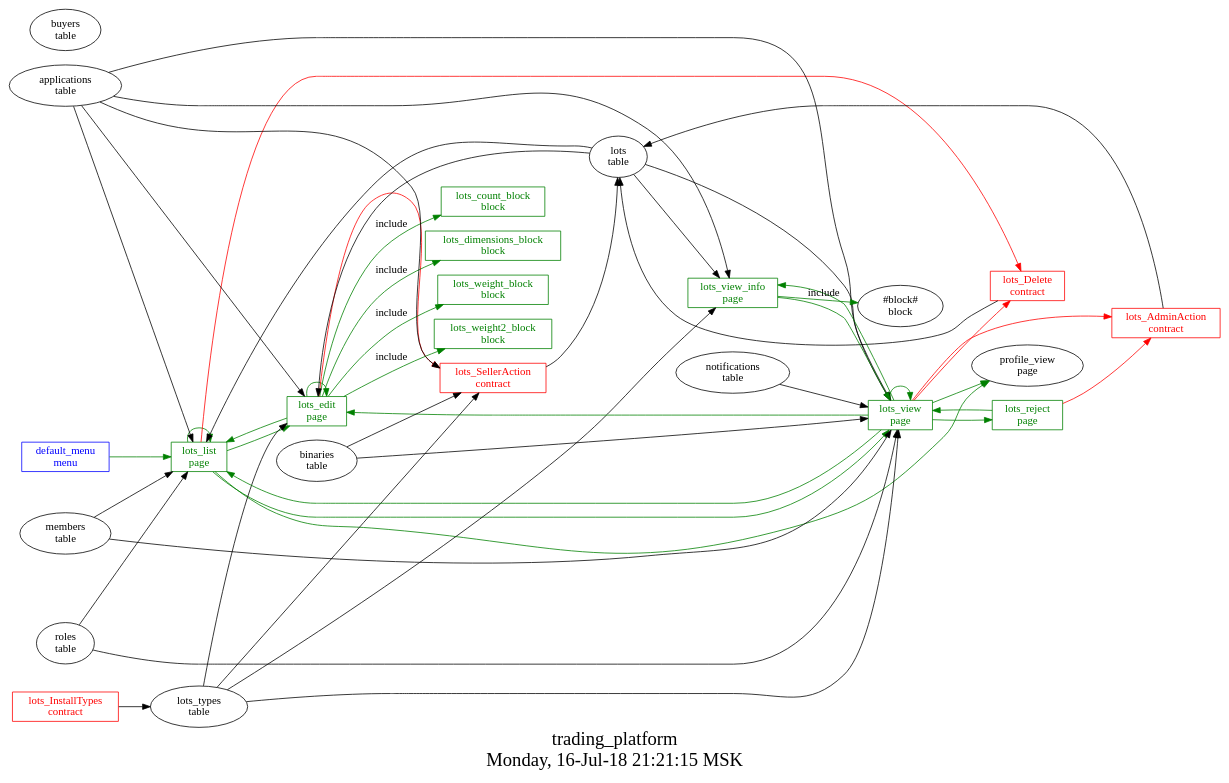
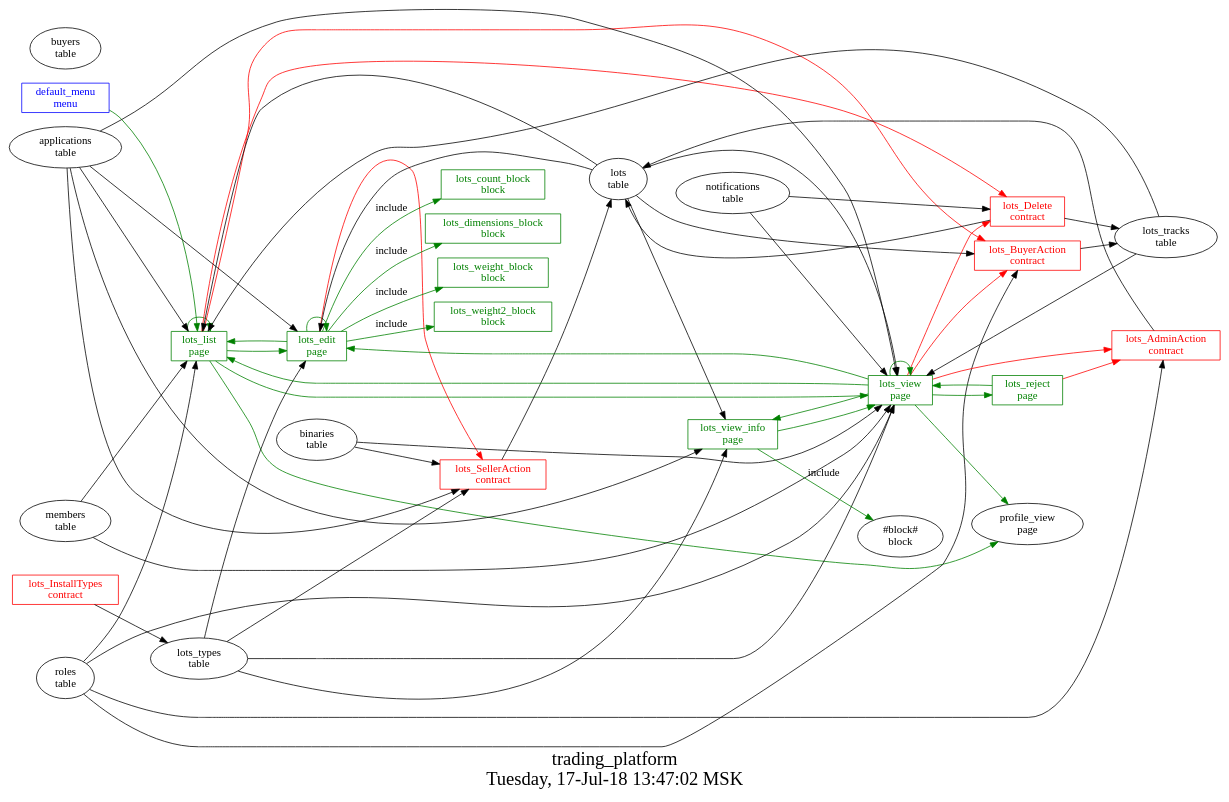
One commit to AplaProject/apps changed the diagram in src/trading_platform/struct.dot. Above: the diagram before and after it, drawn with Graphviz. The commit also changed 4 other files, not shown here.

```diff
--- a/src/trading_platform/struct.dot
+++ b/src/trading_platform/struct.dot
@@ -1,76 +1,88 @@
 digraph G {
 graph [
   fontsize="24";
-  label="trading_platform\nMonday, 16-Jul-18 21:21:15 MSK";
+  label="trading_platform\nTuesday, 17-Jul-18 13:47:02 MSK";
   nojustify=true;
   ordering=out;
   rankdir=LR;
   size="30";
 ];
 "default_menu\nmenu" -> "lots_list\npage"  [ color=green ]
 "default_menu\nmenu" [color=blue, fontcolor=blue, group=menus, shape=record];
 "lots_edit\npage" -> "lots_SellerAction\ncontract"  [ color=red ]
 "applications\ntable" -> "lots_edit\npage"
 "lots\ntable" -> "lots_edit\npage"
 "lots_types\ntable" -> "lots_edit\npage"
 "lots_edit\npage" -> "lots_list\npage"  [ color=green ]
 "lots_edit\npage" -> "lots_edit\npage"  [ color=green ]
 "lots_edit\npage" -> "lots_count_block\nblock"  [ color=green, label=include ]
 "lots_edit\npage" -> "lots_dimensions_block\nblock"  [ color=green, label=include ]
 "lots_edit\npage" -> "lots_weight_block\nblock"  [ color=green, label=include ]
 "lots_edit\npage" -> "lots_weight2_block\nblock"  [ color=green, label=include ]
 "lots_edit\npage" [color=green, fontcolor=green, group=pages, shape=record];
+"lots_list\npage" -> "lots_BuyerAction\ncontract"  [ color=red ]
 "lots_list\npage" -> "lots_Delete\ncontract"  [ color=red ]
 "applications\ntable" -> "lots_list\npage"
 "roles\ntable" -> "lots_list\npage"
 "lots\ntable" -> "lots_list\npage"
 "members\ntable" -> "lots_list\npage"
+"lots_tracks\ntable" -> "lots_list\npage"
 "lots_list\npage" -> "lots_edit\npage"  [ color=green ]
 "lots_list\npage" -> "lots_list\npage"  [ color=green ]
 "lots_list\npage" -> "lots_view\npage"  [ color=green ]
 "lots_list\npage" -> "profile_view\npage"  [ color=green ]
 "lots_list\npage" [color=green, fontcolor=green, group=pages, shape=record];
 "lots_reject\npage" -> "lots_AdminAction\ncontract"  [ color=red ]
 "lots_reject\npage" -> "lots_view\npage"  [ color=green ]
 "lots_reject\npage" [color=green, fontcolor=green, group=pages, shape=record];
 "lots_view\npage" -> "lots_AdminAction\ncontract"  [ color=red ]
+"lots_view\npage" -> "lots_BuyerAction\ncontract"  [ color=red ]
 "lots_view\npage" -> "lots_Delete\ncontract"  [ color=red ]
+"applications\ntable" -> "lots_view\npage"
+"roles\ntable" -> "lots_view\npage"
 "notifications\ntable" -> "lots_view\npage"
-"applications\ntable" -> "lots_view\npage"
 "lots\ntable" -> "lots_view\npage"
 "lots_types\ntable" -> "lots_view\npage"
-"roles\ntable" -> "lots_view\npage"
+"lots_tracks\ntable" -> "lots_view\npage"
 "members\ntable" -> "lots_view\npage"
 "binaries\ntable" -> "lots_view\npage"
 "lots_view\npage" -> "profile_view\npage"  [ color=green ]
 "lots_view\npage" -> "lots_reject\npage"  [ color=green ]
 "lots_view\npage" -> "lots_view\npage"  [ color=green ]
 "lots_view\npage" -> "lots_view_info\npage"  [ color=green ]
 "lots_view\npage" -> "lots_list\npage"  [ color=green ]
 "lots_view\npage" -> "lots_edit\npage"  [ color=green ]
 "lots_view\npage" [color=green, fontcolor=green, group=pages, shape=record];
 "applications\ntable" -> "lots_view_info\npage"
 "lots\ntable" -> "lots_view_info\npage"
 "lots_types\ntable" -> "lots_view_info\npage"
 "lots_view_info\npage" -> "lots_view\npage"  [ color=green ]
 "lots_view_info\npage" -> "#block#\nblock"  [ color=green, label=include ]
 "lots_view_info\npage" [color=green, fontcolor=green, group=pages, shape=record];
 "lots_count_block\nblock" [color=green, fontcolor=green, group=blocks, shape=record];
 "lots_dimensions_block\nblock" [color=green, fontcolor=green, group=blocks, shape=record];
 "lots_weight2_block\nblock" [color=green, fontcolor=green, group=blocks, shape=record];
 "lots_weight_block\nblock" [color=green, fontcolor=green, group=blocks, shape=record];
 "lots_AdminAction\ncontract" -> "lots\ntable"  [ color="" ]
+"roles\ntable" -> "lots_AdminAction\ncontract"
 "lots_AdminAction\ncontract" [color=red, fontcolor=red, group=contracts, shape=record];
+"lots_BuyerAction\ncontract" -> "lots_tracks\ntable"  [ color="" ]
+"roles\ntable" -> "lots_BuyerAction\ncontract"
+"lots\ntable" -> "lots_BuyerAction\ncontract"
+"lots_BuyerAction\ncontract" [color=red, fontcolor=red, group=contracts, shape=record];
+"lots_Delete\ncontract" -> "lots_tracks\ntable"  [ color="" ]
 "lots_Delete\ncontract" -> "lots\ntable"  [ color="" ]
+"notifications\ntable" -> "lots_Delete\ncontract"
 "lots_Delete\ncontract" [color=red, fontcolor=red, group=contracts, shape=record];
 "lots_InstallTypes\ncontract" -> "lots_types\ntable"  [ color="" ]
 "lots_InstallTypes\ncontract" [color=red, fontcolor=red, group=contracts, shape=record];
 "lots_SellerAction\ncontract" -> "lots\ntable"  [ color="" ]
 "lots_types\ntable" -> "lots_SellerAction\ncontract"
 "applications\ntable" -> "lots_SellerAction\ncontract"
 "binaries\ntable" -> "lots_SellerAction\ncontract"
 "lots_SellerAction\ncontract" [color=red, fontcolor=red, group=contracts, shape=record];
 "buyers\ntable" [color="", fontcolor="", group=tables, shape=""];
 "lots\ntable" [color="", fontcolor="", group=tables, shape=""];
+"lots_tracks\ntable" [color="", fontcolor="", group=tables, shape=""];
 "lots_types\ntable" [color="", fontcolor="", group=tables, shape=""];
 }
```
